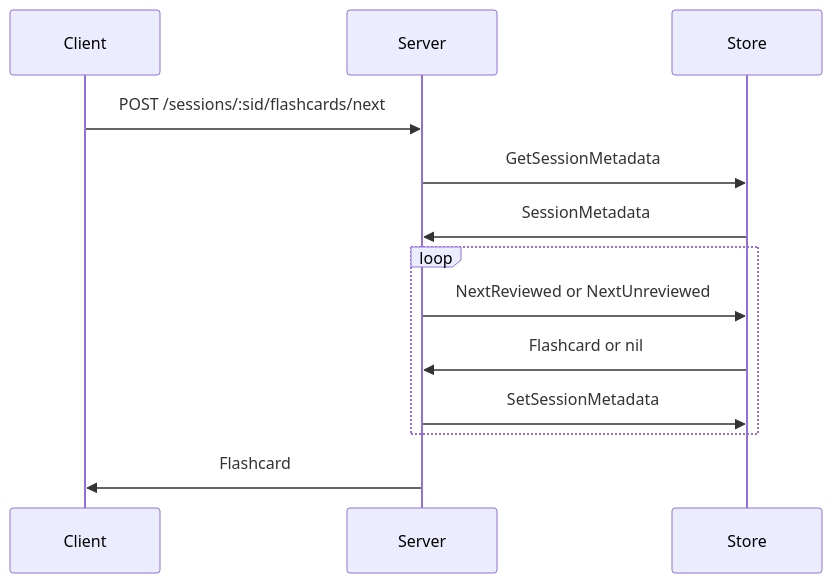
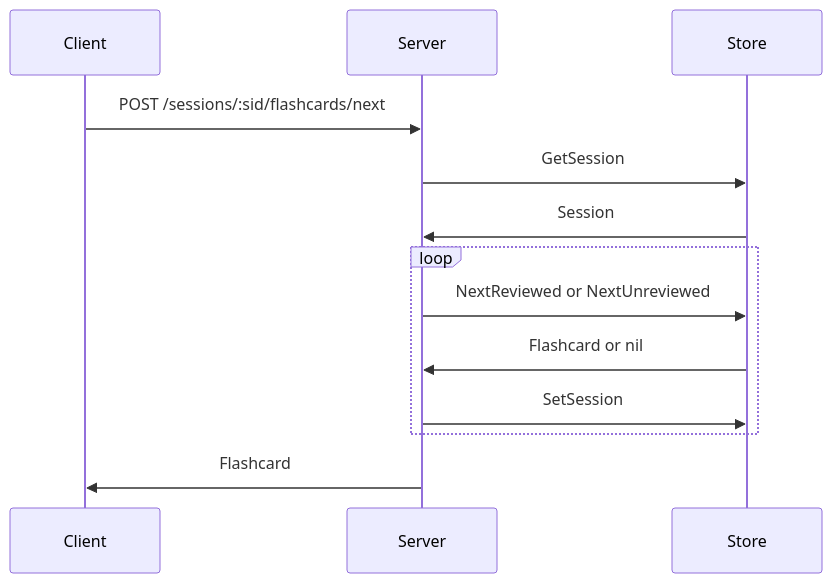
The fourth of 7 diagrams in README.md (lafeingcrokodil/flashcards), drawn with Mermaid before and after one commit. The commit also changed other lines of this file and 7 other files, not shown here.

Commit message:
Rename SessionMetadata to Session

````diff
--- a/README.md
+++ b/README.md
@@ -113,16 +113,16 @@
 ```mermaid
 sequenceDiagram
     participant Client
     participant Server
     participant Store
 
     Client->>Server: POST /sessions/:sid/flashcards/next
-    Server->>Store: GetSessionMetadata
-    Store->>Server: SessionMetadata
+    Server->>Store: GetSession
+    Store->>Server: Session
     loop
         Server->>Store: NextReviewed or NextUnreviewed
         Store->>Server: Flashcard or nil
-        Server->>Store: SetSessionMetadata
+        Server->>Store: SetSession
     end
     Server->>Client: Flashcard
 ```
````
